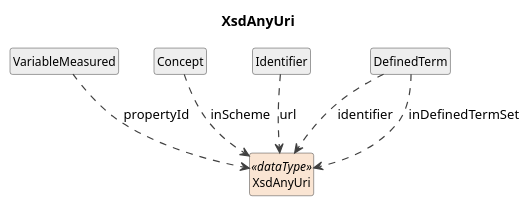
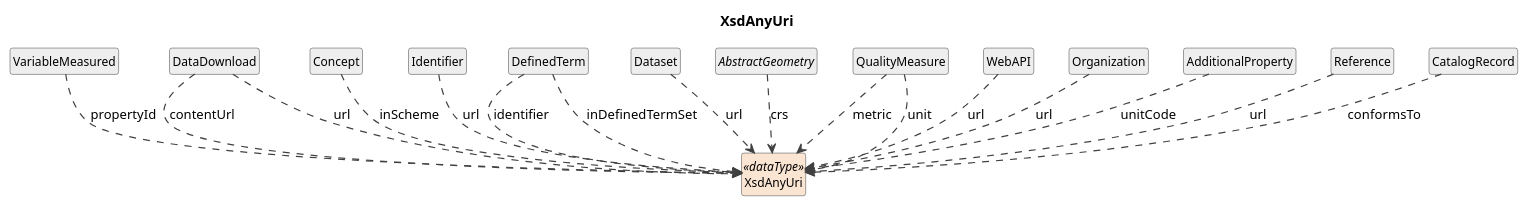
One commit to Cross-Domain-Interoperability-Framework/metadataBuildingBlocks changed the diagram in build/plantuml/cdifDataDescription/DataTypes/XsdAnyUri.pu. Above: the diagram before and after it, drawn with PlantUML. The commit also changed 432 other files, not shown here.

```diff
--- a/build/plantuml/cdifDataDescription/DataTypes/XsdAnyUri.pu
+++ b/build/plantuml/cdifDataDescription/DataTypes/XsdAnyUri.pu
@@ -1,24 +1,44 @@
 @startuml
 title XsdAnyUri
 hide circle
 hide empty members
 skinparam shadowing false
 skinparam ArrowThickness 1.2
 skinparam class {
   ArrowColor #404040
   BorderColor #404040
   FontSize 12
 }
 
 class "XsdAnyUri" as XsdAnyUri <<dataType>> #FAE5D3
 class "VariableMeasured" as VariableMeasured #EEEEEE
 VariableMeasured ..> XsdAnyUri : propertyId
+class "DataDownload" as DataDownload #EEEEEE
+DataDownload ..> XsdAnyUri : contentUrl
+DataDownload ..> XsdAnyUri : url
 class "Concept" as Concept #EEEEEE
 Concept ..> XsdAnyUri : inScheme
 class "Identifier" as Identifier #EEEEEE
 Identifier ..> XsdAnyUri : url
 class "DefinedTerm" as DefinedTerm #EEEEEE
 DefinedTerm ..> XsdAnyUri : identifier
 DefinedTerm ..> XsdAnyUri : inDefinedTermSet
+class "Dataset" as Dataset #EEEEEE
+Dataset ..> XsdAnyUri : url
+abstract class "AbstractGeometry" as AbstractGeometry #EEEEEE
+AbstractGeometry ..> XsdAnyUri : crs
+class "QualityMeasure" as QualityMeasure #EEEEEE
+QualityMeasure ..> XsdAnyUri : metric
+QualityMeasure ..> XsdAnyUri : unit
+class "WebAPI" as WebAPI #EEEEEE
+WebAPI ..> XsdAnyUri : url
+class "Organization" as Organization #EEEEEE
+Organization ..> XsdAnyUri : url
+class "AdditionalProperty" as AdditionalProperty #EEEEEE
+AdditionalProperty ..> XsdAnyUri : unitCode
+class "Reference" as Reference #EEEEEE
+Reference ..> XsdAnyUri : url
+class "CatalogRecord" as CatalogRecord #EEEEEE
+CatalogRecord ..> XsdAnyUri : conformsTo
 
 @enduml
```
